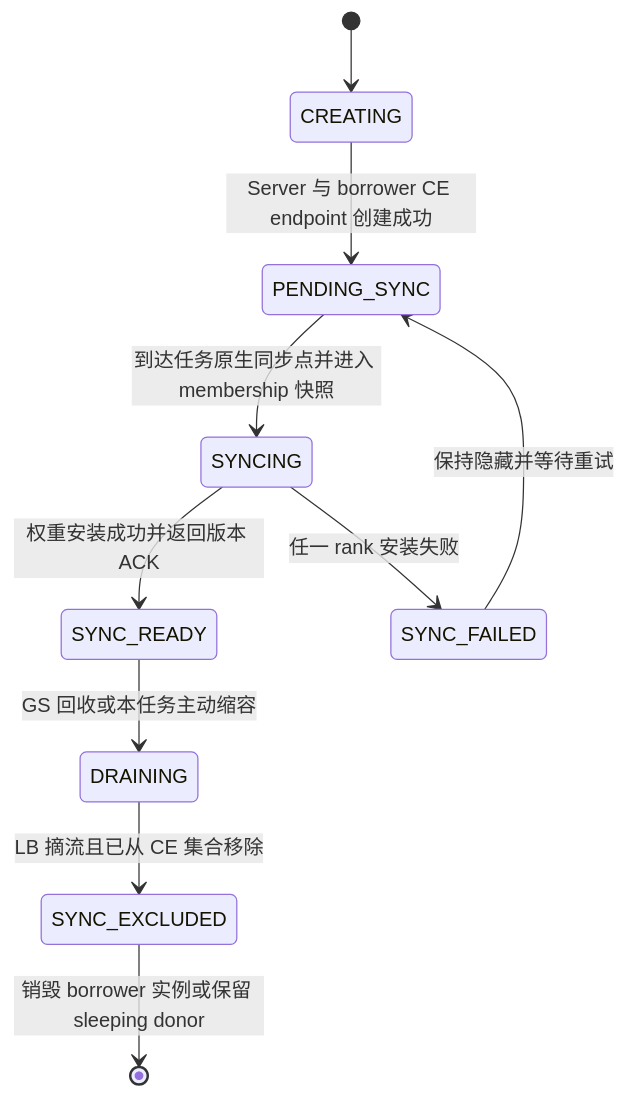
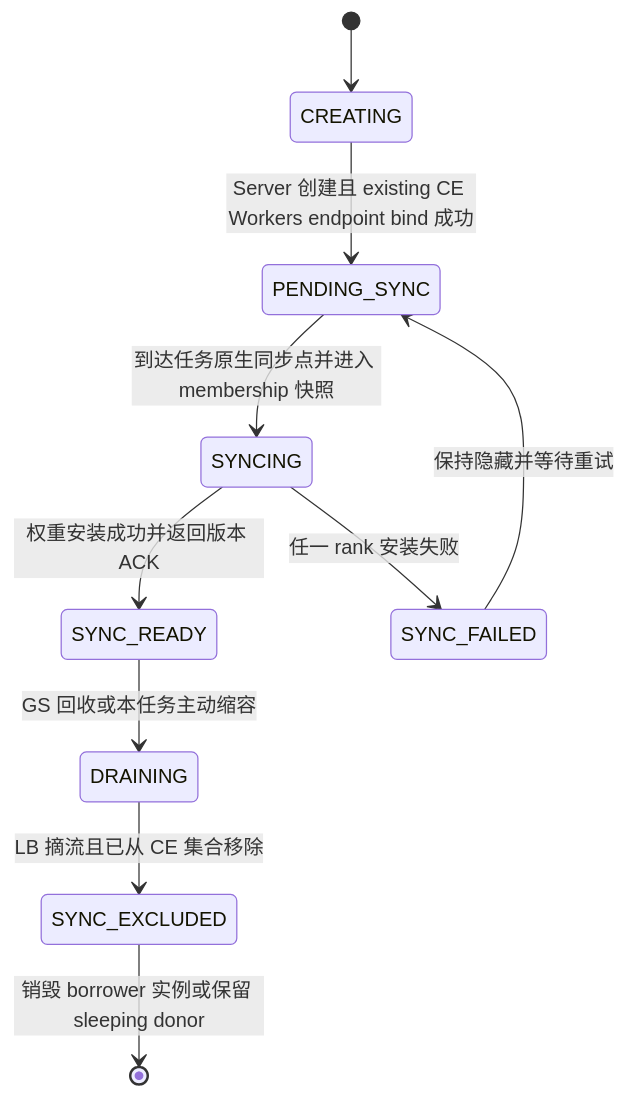
Before and after one commit to niuypei/multi_task_verl: the second of 5 diagrams in multi_task_scheduler/07-async-parameter-sync-checkpoint-engine.md, drawn with Mermaid. The commit also changed other lines of this file and 4 other files, not shown here.

````diff
--- a/multi_task_scheduler/07-async-parameter-sync-checkpoint-engine.md
+++ b/multi_task_scheduler/07-async-parameter-sync-checkpoint-engine.md
@@ -235,12 +247,12 @@
 ```mermaid
 stateDiagram-v2
     [*] --> CREATING
-    CREATING --> PENDING_SYNC: Server 与 borrower CE endpoint 创建成功
+    CREATING --> PENDING_SYNC: Server 创建且 existing CE Workers endpoint bind 成功
     PENDING_SYNC --> SYNCING: 到达任务原生同步点并进入 membership 快照
     SYNCING --> SYNC_READY: 权重安装成功并返回版本 ACK
     SYNCING --> SYNC_FAILED: 任一 rank 安装失败
     SYNC_FAILED --> PENDING_SYNC: 保持隐藏并等待重试
     SYNC_READY --> DRAINING: GS 回收或本任务主动缩容
     DRAINING --> SYNC_EXCLUDED: LB 摘流且已从 CE 集合移除
     SYNC_EXCLUDED --> [*]: 销毁 borrower 实例或保留 sleeping donor
 ```
````
